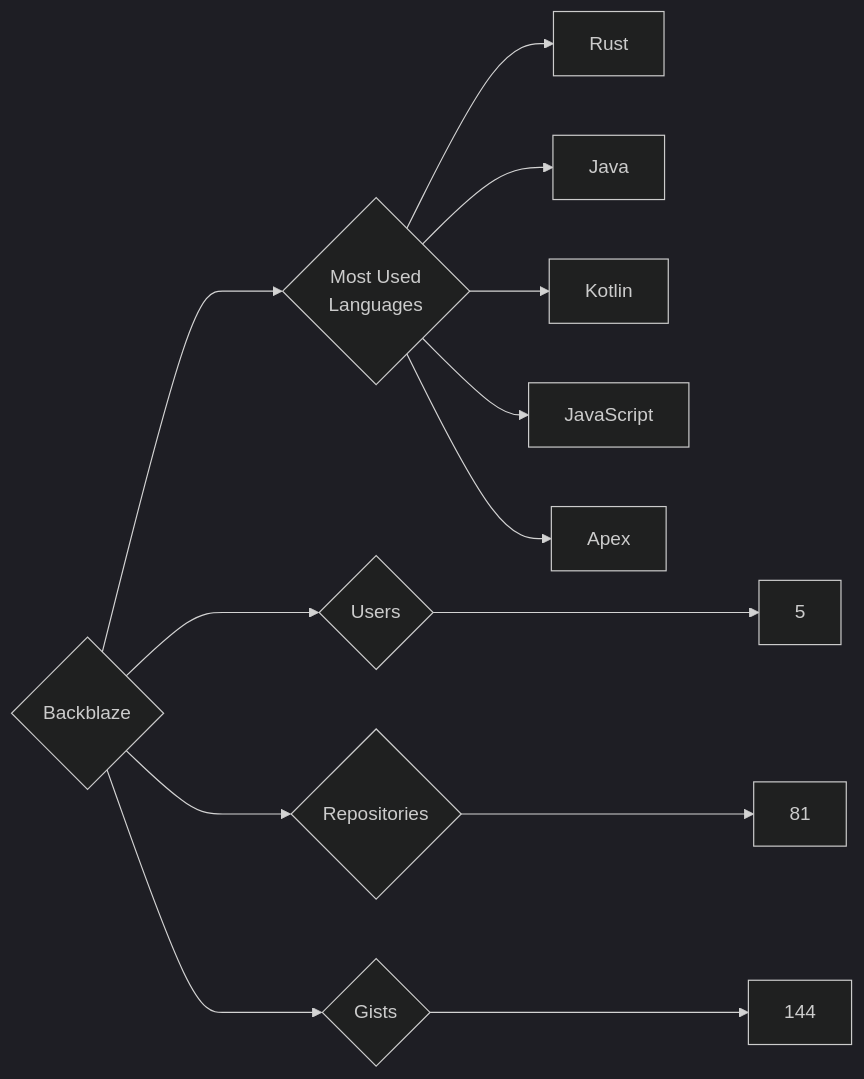
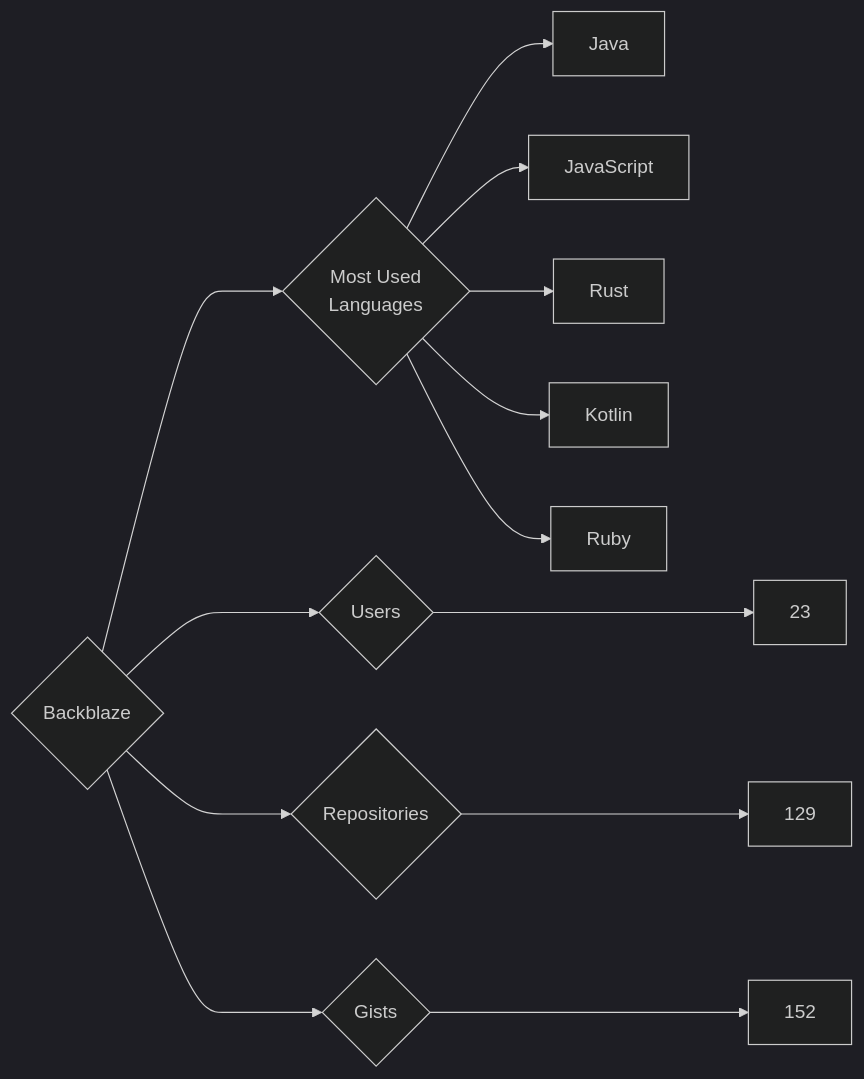
The diagram in targets/Backblaze/README.md (trickest/insiders), drawn with Mermaid (dark theme) before and after one commit. The commit also changed 749 other files, not shown here.

````diff
--- a/targets/Backblaze/README.md
+++ b/targets/Backblaze/README.md
@@ -3,13 +3,13 @@
 ```mermaid
 graph LR
 COMPANY_NAME{Backblaze}
-COMPANY_NAME ---> U{Users} ---> UN[5]
-COMPANY_NAME ---> R{Repositories} ---> RN[81]
-COMPANY_NAME ---> G{Gists} ---> GN[144]
+COMPANY_NAME ---> U{Users} ---> UN[23]
+COMPANY_NAME ---> R{Repositories} ---> RN[129]
+COMPANY_NAME ---> G{Gists} ---> GN[152]
 COMPANY_NAME ---> ML{Most Used<br>Languages}
+ML --> Java[Java]
+ML --> JavaScript[JavaScript]
 ML --> Rust[Rust]
-ML --> Java[Java]
 ML --> Kotlin[Kotlin]
-ML --> JavaScript[JavaScript]
-ML --> Apex[Apex]
+ML --> Ruby[Ruby]
 ```
````
